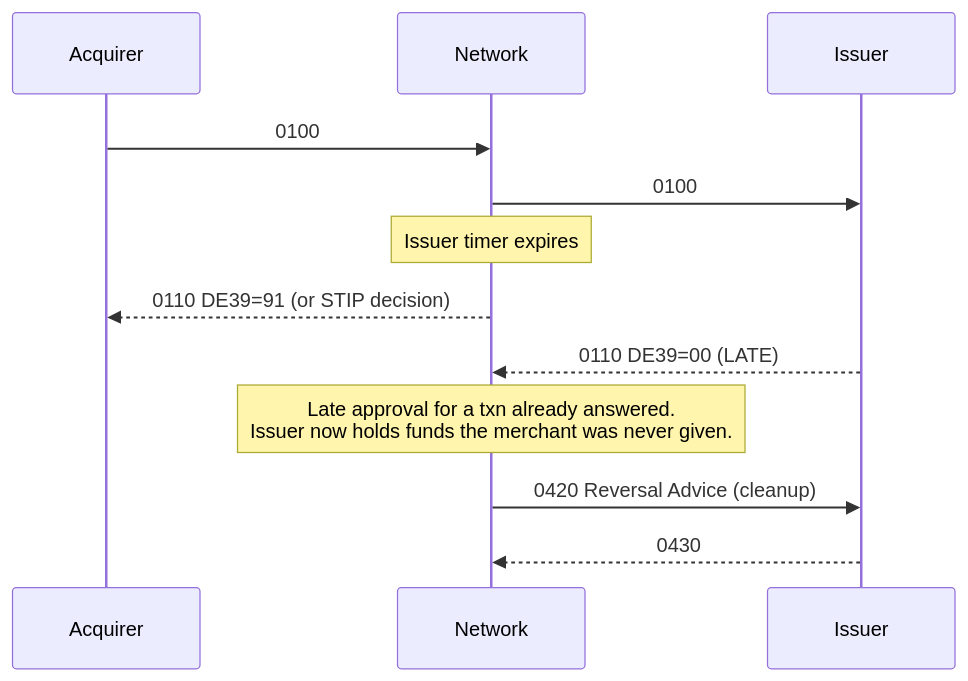
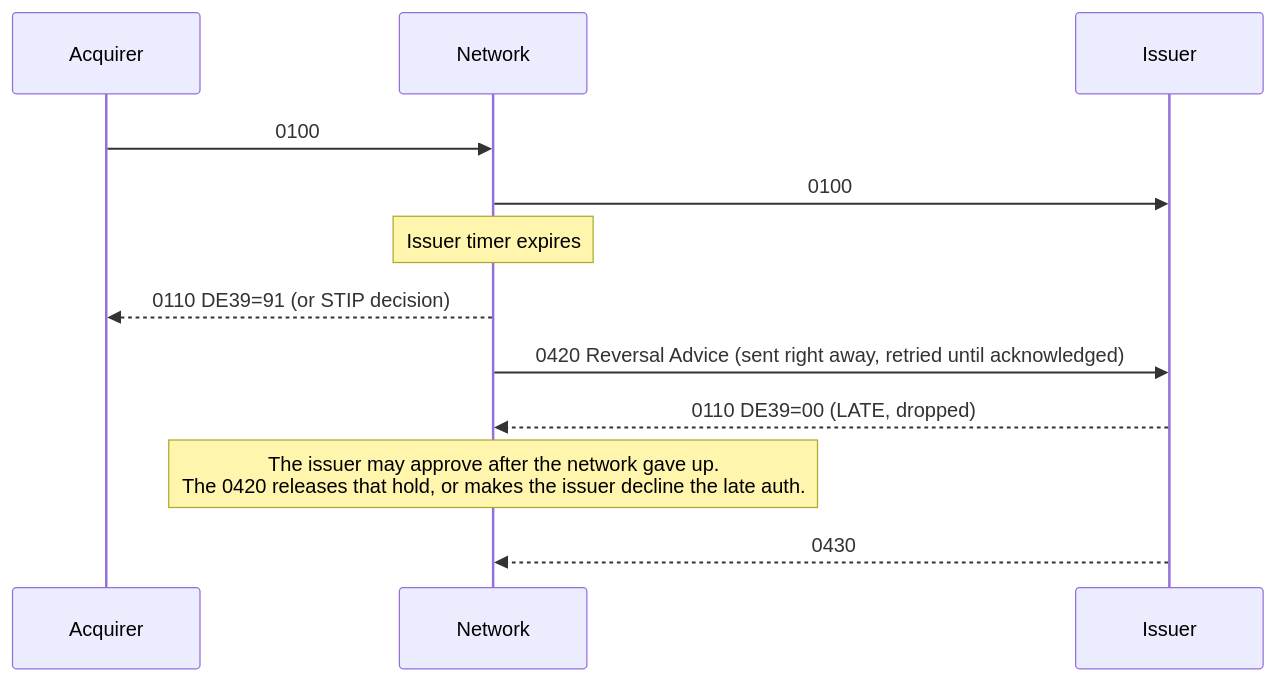
Before and after one commit to JonahR/simple-network: the second of 2 diagrams in Network KT/04-authorization-deep-dive.md, drawn with Mermaid. The commit also changed other lines of this file and 34 other files, not shown here.

````diff
--- a/Network KT/04-authorization-deep-dive.md
+++ b/Network KT/04-authorization-deep-dive.md
@@ -183,14 +183,14 @@
 ```mermaid
 sequenceDiagram
     participant A as Acquirer
     participant N as Network
     participant I as Issuer
     A->>N: 0100
     N->>I: 0100
     Note over N: Issuer timer expires
     N-->>A: 0110 DE39=91 (or STIP decision)
-    I-->>N: 0110 DE39=00 (LATE)
-    Note over N: Late approval for a txn already answered.<br/>Issuer now holds funds the merchant was never given.
-    N->>I: 0420 Reversal Advice (cleanup)
+    N->>I: 0420 Reversal Advice (sent right away, retried until acknowledged)
+    I-->>N: 0110 DE39=00 (LATE, dropped)
+    Note over N: The issuer may approve after the network gave up.<br/>The 0420 releases that hold, or makes the issuer decline the late auth.
     I-->>N: 0430
 ```
````
